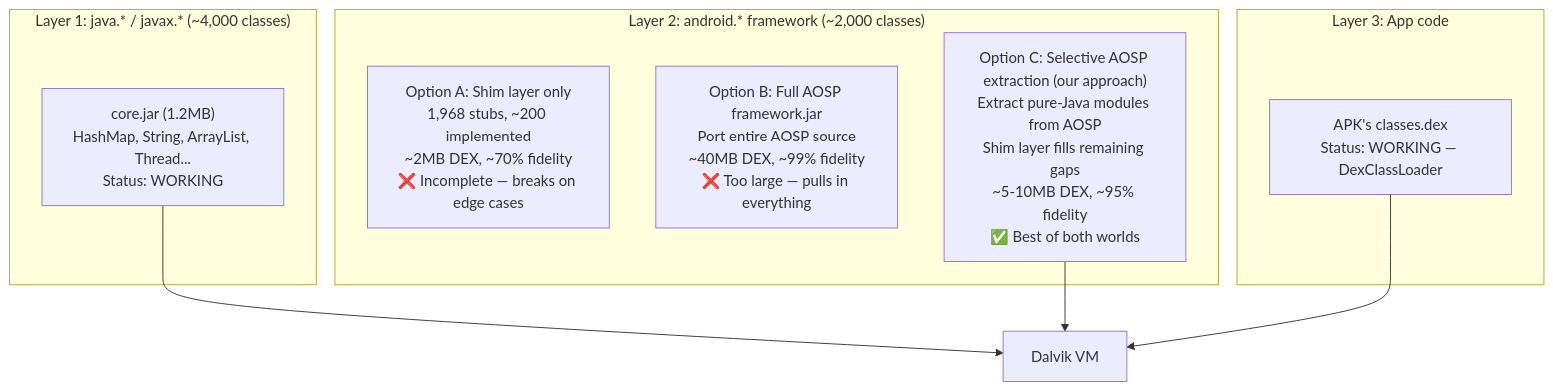
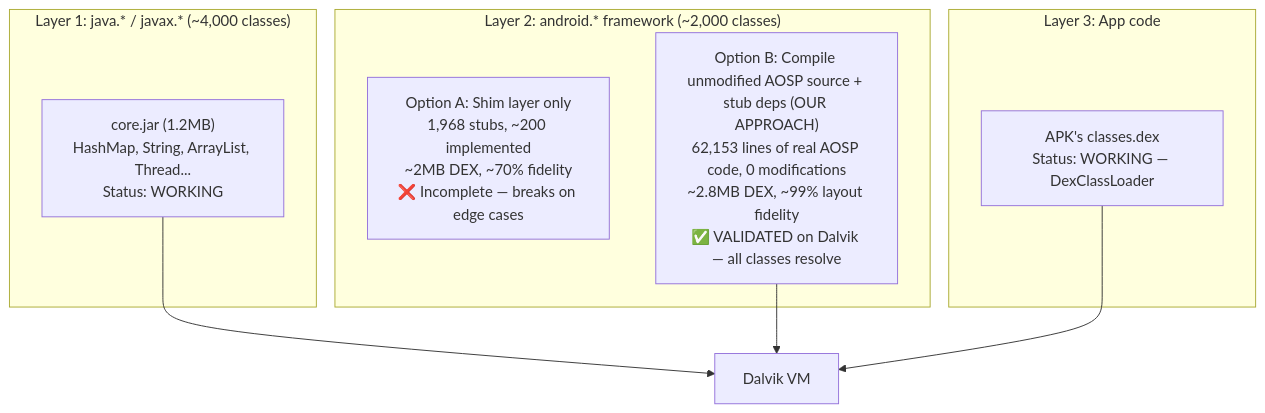
The sixth of 23 diagrams in 02-ANDROID-AS-ENGINE.md (A2OH/westlake), drawn with Mermaid before and after one commit. The commit also changed other lines of this file, not shown here.

First line of the commit message:
Docs: Update architecture with Option B validated on Dalvik

````diff
--- a/02-ANDROID-AS-ENGINE.md
+++ b/02-ANDROID-AS-ENGINE.md
@@ -213,18 +213,17 @@
 ```mermaid
 graph TD
     subgraph "Layer 1: java.* / javax.* (~4,000 classes)"
         L1["core.jar (1.2MB)<br/>HashMap, String, ArrayList, Thread...<br/>Status: WORKING"]
     end
     subgraph "Layer 2: android.* framework (~2,000 classes)"
         L2A["Option A: Shim layer only<br/>1,968 stubs, ~200 implemented<br/>~2MB DEX, ~70% fidelity<br/>❌ Incomplete — breaks on edge cases"]
-        L2B["Option B: Full AOSP framework.jar<br/>Port entire AOSP source<br/>~40MB DEX, ~99% fidelity<br/>❌ Too large — pulls in everything"]
-        L2C["Option C: Selective AOSP extraction (our approach)<br/>Extract pure-Java modules from AOSP<br/>Shim layer fills remaining gaps<br/>~5-10MB DEX, ~95% fidelity<br/>✅ Best of both worlds"]
+        L2B["Option B: Compile unmodified AOSP source + stub deps (OUR APPROACH)<br/>62,153 lines of real AOSP code, 0 modifications<br/>~2.8MB DEX, ~99% layout fidelity<br/>✅ VALIDATED on Dalvik — all classes resolve"]
     end
     subgraph "Layer 3: App code"
         L3["APK's classes.dex<br/>Status: WORKING — DexClassLoader"]
     end
 
     L1 --> VM["Dalvik VM"]
-    L2C --> VM
+    L2B --> VM
     L3 --> VM
 ```
````
